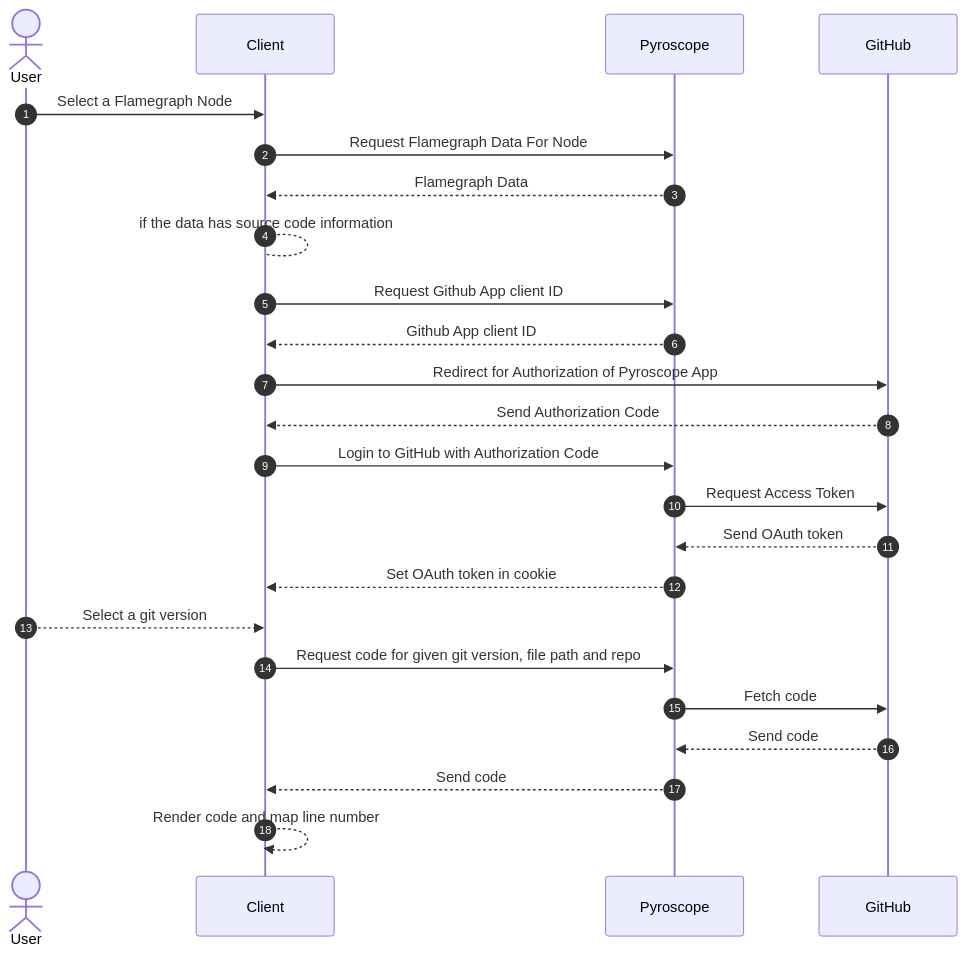
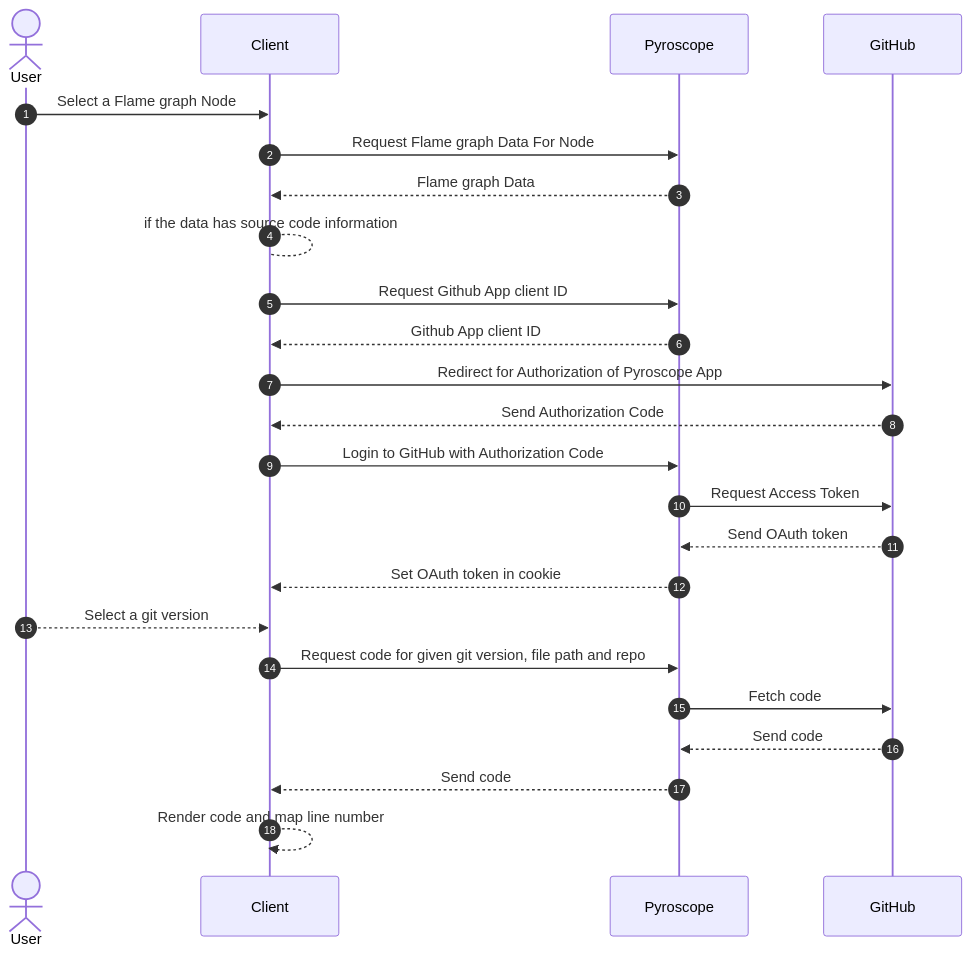
Before and after one commit to grafana/pyroscope: the diagram in pkg/querier/vcs/github.md, drawn with Mermaid. The commit also changed 50 other files, not shown here.

````diff
--- a/pkg/querier/vcs/github.md
+++ b/pkg/querier/vcs/github.md
@@ -5,26 +5,26 @@
 ```mermaid
 sequenceDiagram
     autonumber
     actor User
     participant Client
     participant Pyroscope
     participant GitHub
-    User->>Client: Select a Flamegraph Node
-    Client->>Pyroscope: Request Flamegraph Data For Node
-    Pyroscope-->>Client: Flamegraph Data
+    User->>Client: Select a Flame graph Node
+    Client->>Pyroscope: Request Flame graph Data For Node
+    Pyroscope-->>Client: Flame graph Data
     Client-->Client: if the data has source code information
     Client->>Pyroscope: Request Github App client ID
     Pyroscope-->>Client: Github App client ID
     Client->>GitHub: Redirect for Authorization of Pyroscope App
     GitHub-->>Client: Send Authorization Code
     Client->>Pyroscope: Login to GitHub with Authorization Code
     Pyroscope->>GitHub: Request Access Token
     GitHub-->>Pyroscope: Send OAuth token
     Pyroscope-->>Client: Set OAuth token in cookie
     User-->>Client: Select a git version
     Client->>Pyroscope: Request code for given git version, file path and repo
     Pyroscope->>GitHub: Fetch code
     GitHub-->>Pyroscope: Send code
     Pyroscope-->>Client: Send code
     Client-->>Client: Render code and map line number
 ```
````
